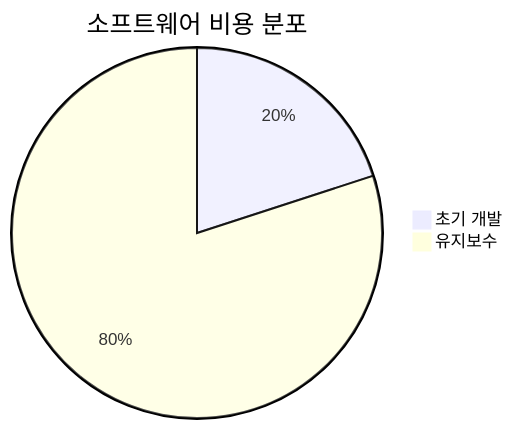
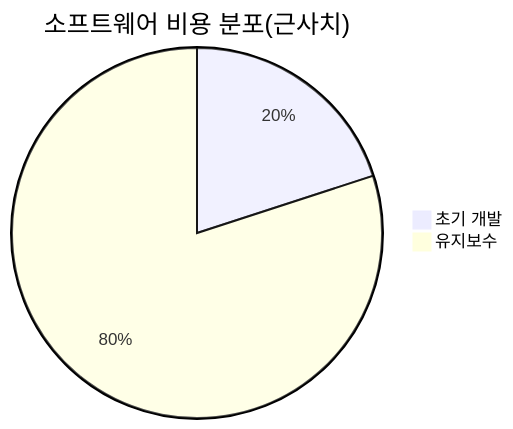
Before and after one commit to 42jerrykim/42jerrykim.github.io: the sixth of 9 diagrams in content/collection/cleanarchitecture/25-what-is-architecture-system-lifecycle/index.md, drawn with Mermaid. The commit also changed other lines of this file, not shown here.

````diff
--- a/content/collection/cleanarchitecture/25-what-is-architecture-system-lifecycle/index.md
+++ b/content/collection/cleanarchitecture/25-what-is-architecture-system-lifecycle/index.md
@@ -199,5 +202,5 @@
 ```mermaid
-pie title 소프트웨어 비용 분포
+pie title 소프트웨어 비용 분포(근사치)
     "초기 개발" : 20
     "유지보수" : 80
 ```
````
